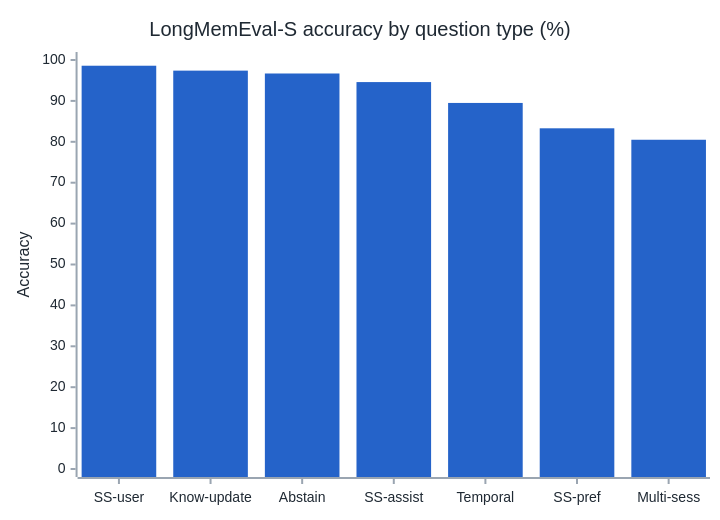
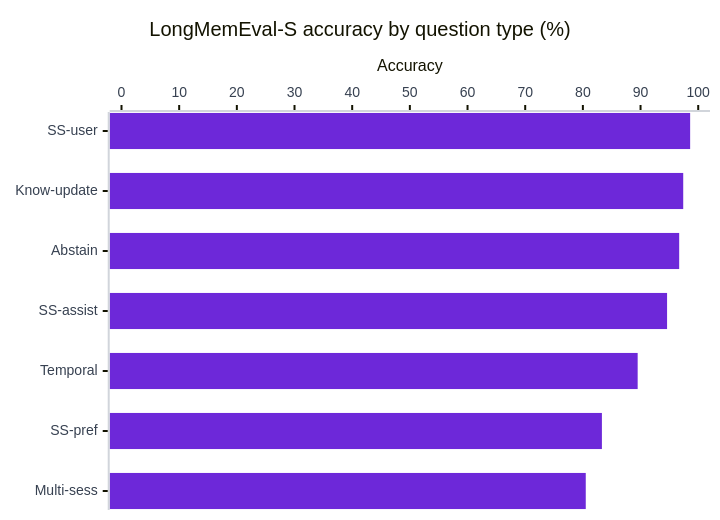
The first of 4 diagrams in docs/benchmarks.md (ahammadnafiz/engram), drawn with Mermaid before and after one commit. The commit also changed other lines of this file and 11 other files, not shown here.

````diff
--- a/docs/benchmarks.md
+++ b/docs/benchmarks.md
@@ -33,24 +41,19 @@
 ```mermaid
 ---
 config:
   theme: base
   themeVariables:
     xyChart:
       backgroundColor: "transparent"
-      titleColor: "#1f2933"
-      plotColorPalette: "#2563c9"
-      xAxisLabelColor: "#1f2933"
-      xAxisTitleColor: "#1f2933"
-      xAxisLineColor: "#9aa5b1"
-      xAxisTickColor: "#9aa5b1"
-      yAxisLabelColor: "#1f2933"
-      yAxisTitleColor: "#1f2933"
-      yAxisLineColor: "#9aa5b1"
-      yAxisTickColor: "#9aa5b1"
+      plotColorPalette: "#6d28d9"
+      xAxisLabelColor: "#374151"
+      yAxisLabelColor: "#374151"
+      xAxisLineColor: "#d1d5db"
+      yAxisLineColor: "#d1d5db"
 ---
-xychart-beta
+xychart-beta horizontal
     title "LongMemEval-S accuracy by question type (%)"
     x-axis ["SS-user", "Know-update", "Abstain", "SS-assist", "Temporal", "SS-pref", "Multi-sess"]
     y-axis "Accuracy" 0 --> 100
     bar [98.6, 97.4, 96.7, 94.6, 89.5, 83.3, 80.5]
 ```
````
